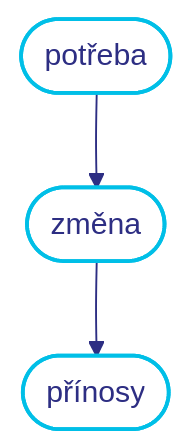
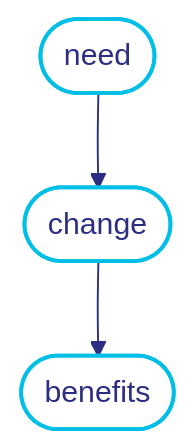
The third of 3 diagrams in slides/05-struktura.md (srameko/presentation-skills-cybersecurity), drawn with Mermaid before and after one commit. The commit also changed other lines of this file and 17 other files, not shown here.

````diff
--- a/slides/05-struktura.md
+++ b/slides/05-struktura.md
@@ -36,8 +36,8 @@
 ```mermaid
 %%{init: {'theme':'base','themeVariables': {'primaryColor':'#ffffff','primaryTextColor':'#2D2E83','primaryBorderColor':'#2D2E83','lineColor':'#2D2E83','secondaryColor':'#ffffff','tertiaryColor':'#ffffff','background':'#ffffff'}}}%%
 graph TD
-  A([potřeba]) --> B([změna]) --> C([přínosy])
+  A([need]) --> B([change]) --> C([benefits])
   style A fill:#ffffff,stroke:#00BFE7,color:#2D2E83,stroke-width:2px
   style B fill:#ffffff,stroke:#00BFE7,color:#2D2E83,stroke-width:2px
   style C fill:#ffffff,stroke:#00BFE7,color:#2D2E83,stroke-width:2px
 ```
````
